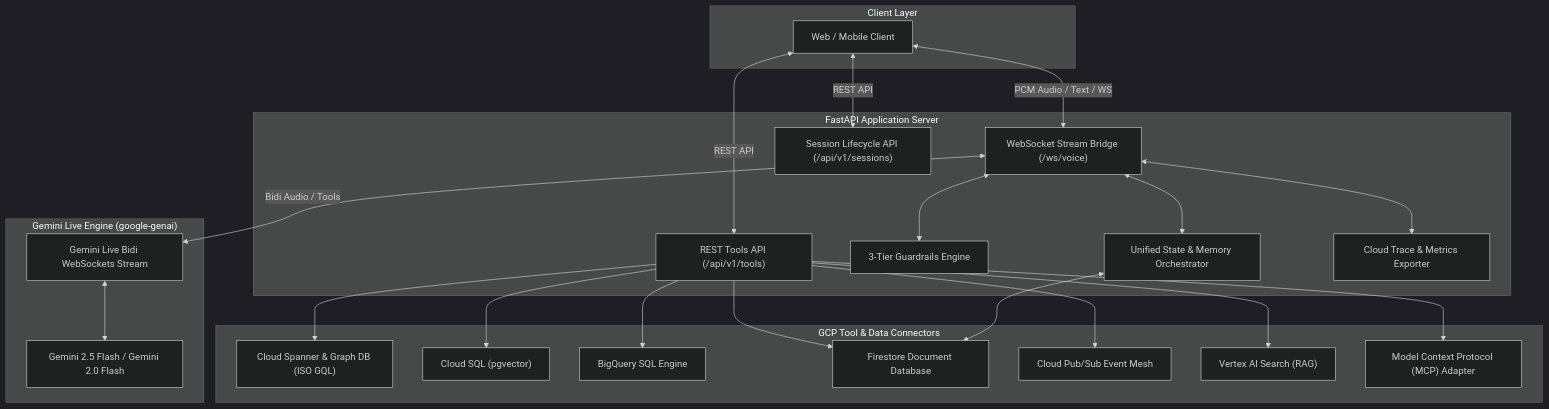
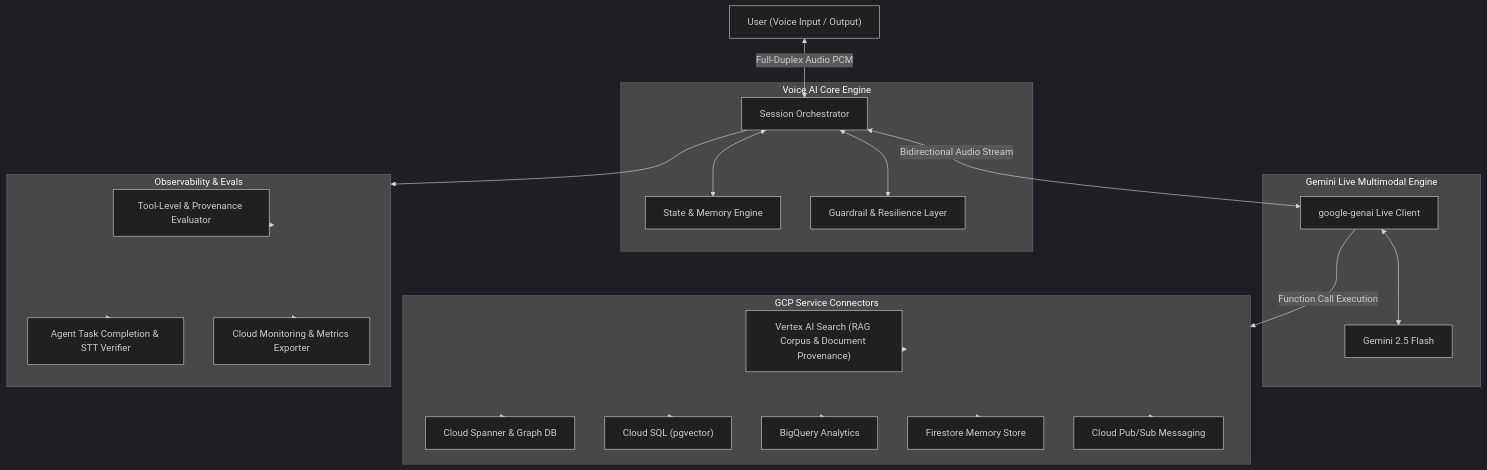
One commit to bhav09/gcp-voice-ai-framework changed the diagram in README.md. Above: the diagram before and after it, drawn with Mermaid (dark theme). The commit also changed other lines of this file and 5 other files, not shown here.

Commit message:
feat(resilience): add rate limiter, circuit breakers, retry policy, tool provenance evals, and high-level architecture flow

````diff
--- a/README.md
+++ b/README.md
@@ -7,52 +7,50 @@
 ```mermaid
 flowchart TD
-    subgraph ClientLayer["Client Layer"]
-        Client["Web / Mobile Client"]
+    User["User (Voice Input / Output)"]
+    
+    subgraph CoreEngine["Voice AI Core Engine"]
+        Orchestrator["Session Orchestrator"]
+        MemoryState["State & Memory Engine"]
+        GuardrailsEngine["Guardrail & Resilience Layer"]
     end
 
-    subgraph ServiceLayer["FastAPI Application Server"]
-        WS["WebSocket Stream Bridge (/ws/voice)"]
-        REST_Tools["REST Tools API (/api/v1/tools)"]
-        REST_Sessions["Session Lifecycle API (/api/v1/sessions)"]
-        
-        Guardrails["3-Tier Guardrails Engine"]
-        Memory["Unified State & Memory Orchestrator"]
-        Observability["Cloud Trace & Metrics Exporter"]
+    subgraph GeminiLive["Gemini Live Multimodal Engine"]
+        GenAIClient["google-genai Live Client"]
+        GeminiModel["Gemini 2.5 Flash"]
     end
 
-    subgraph EngineLayer["Gemini Live Engine (google-genai)"]
-        BidiStream["Gemini Live Bidi WebSockets Stream"]
-        GeminiModel["Gemini 2.5 Flash / Gemini 2.0 Flash"]
+    subgraph GCPConnectors["GCP Service Connectors"]
+        RAGCorpus["Vertex AI Search (RAG Corpus & Document Provenance)"]
+        SpannerDB["Cloud Spanner & Graph DB"]
+        RelationalSQL["Cloud SQL (pgvector)"]
+        DataWarehouse["BigQuery Analytics"]
+        NoSQLDoc["Firestore Memory Store"]
+        EventPubSub["Cloud Pub/Sub Messaging"]
     end
 
-    subgraph GCPLayer["GCP Tool & Data Connectors"]
-        Spanner["Cloud Spanner & Graph DB (ISO GQL)"]
-        CloudSQL["Cloud SQL (pgvector)"]
-        BigQuery["BigQuery SQL Engine"]
-        Firestore["Firestore Document Database"]
-        PubSub["Cloud Pub/Sub Event Mesh"]
-        RAG["Vertex AI Search (RAG)"]
-        MCP["Model Context Protocol (MCP) Adapter"]
+    subgraph ObservabilityEvals["Observability & Evals"]
+        ToolEvals["Tool-Level & Provenance Evaluator"]
+        AgentEvals["Agent Task Completion & STT Verifier"]
+        CloudMetrics["Cloud Monitoring & Metrics Exporter"]
     end
 
-    Client <-->|PCM Audio / Text / WS| WS
-    Client <-->|REST API| REST_Tools
-    Client <-->|REST API| REST_Sessions
+    User <-->|Full-Duplex Audio PCM| Orchestrator
+    Orchestrator <--> MemoryState
+    Orchestrator <--> GuardrailsEngine
 
-    WS <--> Guardrails
-    WS <--> Memory
-    WS <--> Observability
+    Orchestrator <-->|Bidirectional Audio Stream| GenAIClient
+    GenAIClient <--> GeminiModel
 
-    WS <-->|Bidi Audio / Tools| BidiStream
-    BidiStream <--> GeminiModel
+    GenAIClient -->|Function Call Execution| GCPConnectors
+    GCPConnectors --> RAGCorpus
+    GCPConnectors --> SpannerDB
+    GCPConnectors --> RelationalSQL
+    GCPConnectors --> DataWarehouse
+    GCPConnectors --> NoSQLDoc
+    GCPConnectors --> EventPubSub
 
-    REST_Tools --> Spanner
-    REST_Tools --> CloudSQL
-    REST_Tools --> BigQuery
-    REST_Tools --> Firestore
-    REST_Tools --> PubSub
-    REST_Tools --> RAG
-    REST_Tools --> MCP
-    
-    Memory <--> Firestore
+    Orchestrator --> ObservabilityEvals
+    ObservabilityEvals --> ToolEvals
+    ObservabilityEvals --> AgentEvals
+    ObservabilityEvals --> CloudMetrics
 ```
````
